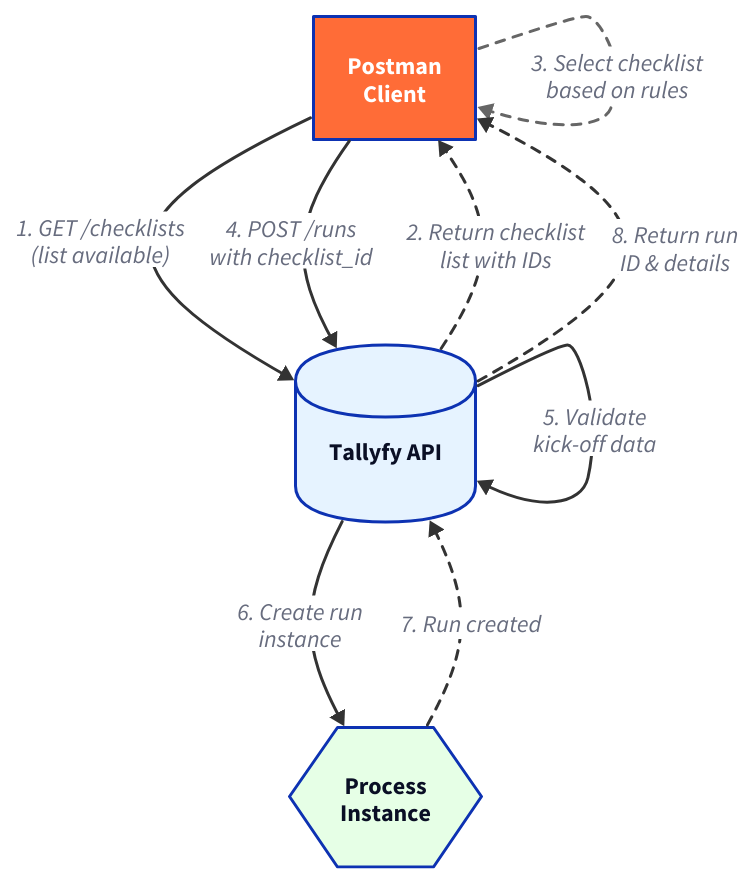
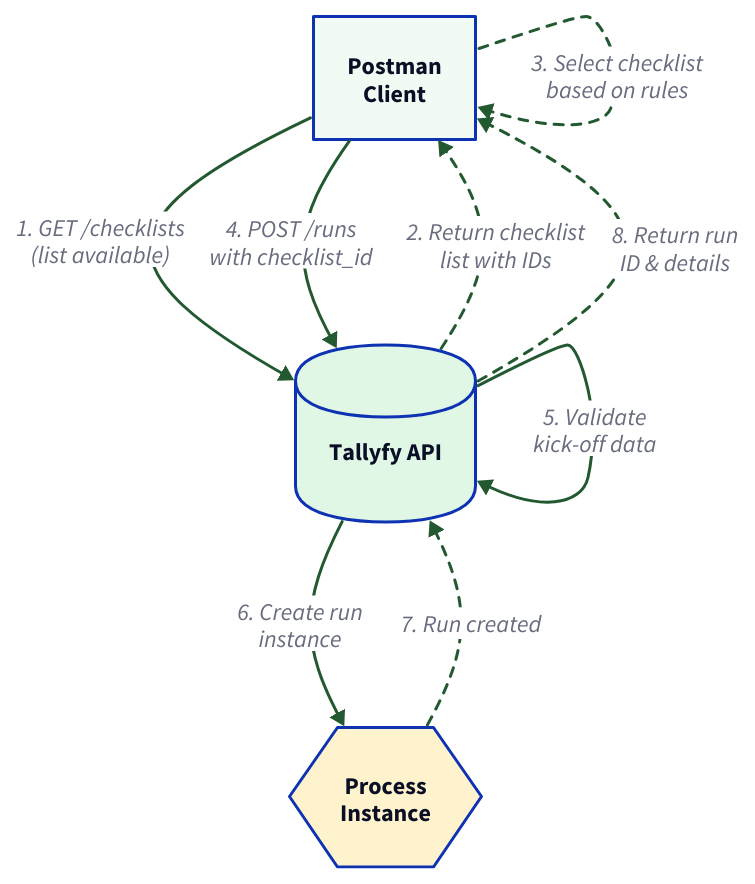
One commit to tallyfy/documentation changed the diagram in src/content/docs/pro/integrations/open-api/api-clients/postman/templates-processes.mdx. Above: the diagram before and after it, drawn with D2. The commit also changed 66 other files, not shown here.

````diff
--- a/src/content/docs/pro/integrations/open-api/api-clients/postman/templates-processes.mdx
+++ b/src/content/docs/pro/integrations/open-api/api-clients/postman/templates-processes.mdx
@@ -30,58 +30,57 @@
 ```d2
 direction: down
 
 Postman: "Postman\nClient" {
   shape: rectangle
-  style.fill: "#ff6c37"
-  style.font-color: "#fff"
+  style.fill: "#f2faf4"
 }
 
 API: "Tallyfy API" {
   shape: cylinder
-  style.fill: "#e6f3ff"
+  style.fill: "#e1f7e6"
 }
 
 Process: "Process\nInstance" {
   shape: hexagon
-  style.fill: "#e6ffe6"
+  style.fill: "#fff3cd"
 }
 
 # Step 1: List templates
 Postman -> API: "1. GET /checklists\n(list available)" {
-  style.stroke: "#333"
+  style.stroke: "#225930"
 }
 
 API -> Postman: "2. Return checklist\nlist with IDs" {
-  style.stroke: "#333"
+  style.stroke: "#225930"
   style.stroke-dash: 3
 }
 
 # Step 2: Select and launch
 Postman -> Postman: "3. Select checklist\nbased on rules" {
-  style.stroke: "#666"
+  style.stroke: "#225930"
   style.stroke-dash: 3
 }
 
 Postman -> API: "4. POST /runs\nwith checklist_id" {
-  style.stroke: "#333"
+  style.stroke: "#225930"
   style.stroke-width: 2
 }
 
 API -> API: "5. Validate\nkick-off data" {
-  style.stroke: "#333"
+  style.stroke: "#225930"
 }
 
 API -> Process: "6. Create run\ninstance" {
-  style.stroke: "#333"
+  style.stroke: "#225930"
 }
 
 Process -> API: "7. Run created" {
-  style.stroke: "#333"
+  style.stroke: "#225930"
   style.stroke-dash: 3
 }
 
 API -> Postman: "8. Return run\nID & details" {
-  style.stroke: "#333"
+  style.stroke: "#225930"
   style.stroke-dash: 3
 }
 ```
````
